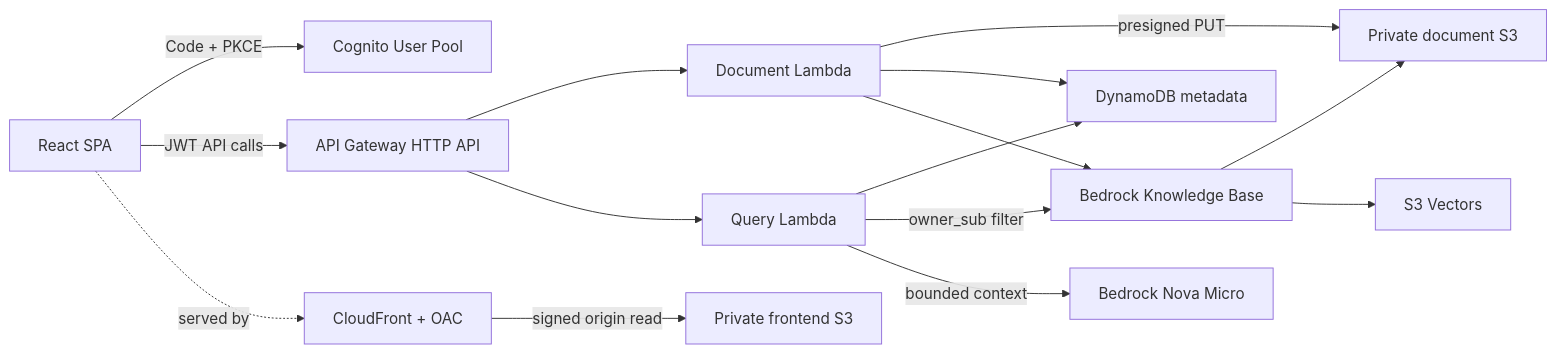
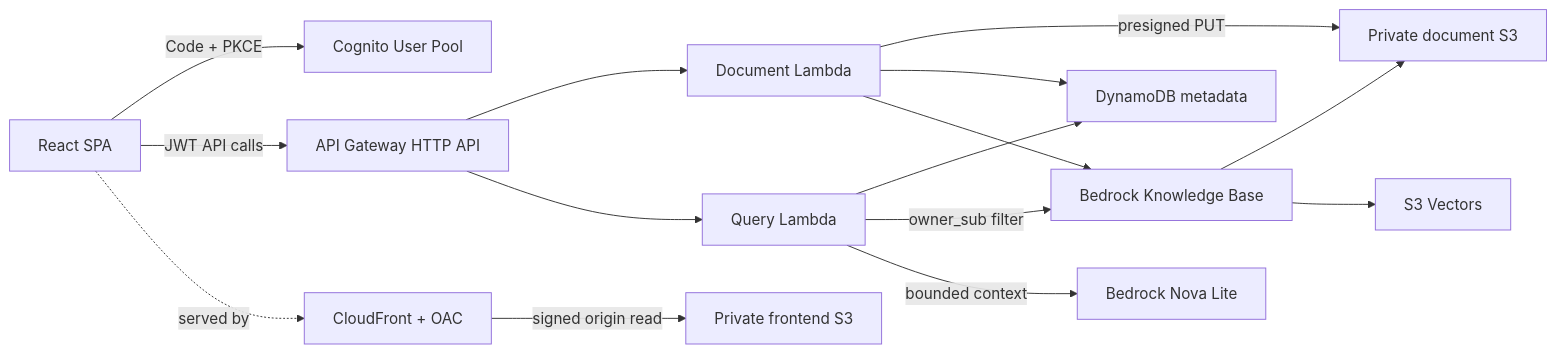
Before and after one commit to herrerogusano/aws-document-rag: the first of 2 diagrams in README.md, drawn with Mermaid. The commit also changed other lines of this file and 13 other files, not shown here.

Commit message:
feat: upgrade grounded generation to Nova Lite (#17)

````diff
--- a/README.md
+++ b/README.md
@@ -20,17 +20,17 @@
 ```mermaid
 flowchart LR
     U["React SPA"] -->|"Code + PKCE"| C["Cognito User Pool"]
     U -->|"JWT API calls"| A["API Gateway HTTP API"]
     A --> D["Document Lambda"]
     A --> Q["Query Lambda"]
     D -->|"presigned PUT"| S["Private document S3"]
     D --> M["DynamoDB metadata"]
     D --> K["Bedrock Knowledge Base"]
     K --> S
     K --> V["S3 Vectors"]
     Q --> M
     Q -->|"owner_sub filter"| K
-    Q -->|"bounded context"| B["Bedrock Nova Micro"]
+    Q -->|"bounded context"| B["Bedrock Nova Lite"]
     H["CloudFront + OAC"] -->|"signed origin read"| F["Private frontend S3"]
     U -. "served by" .-> H
 ```
````
